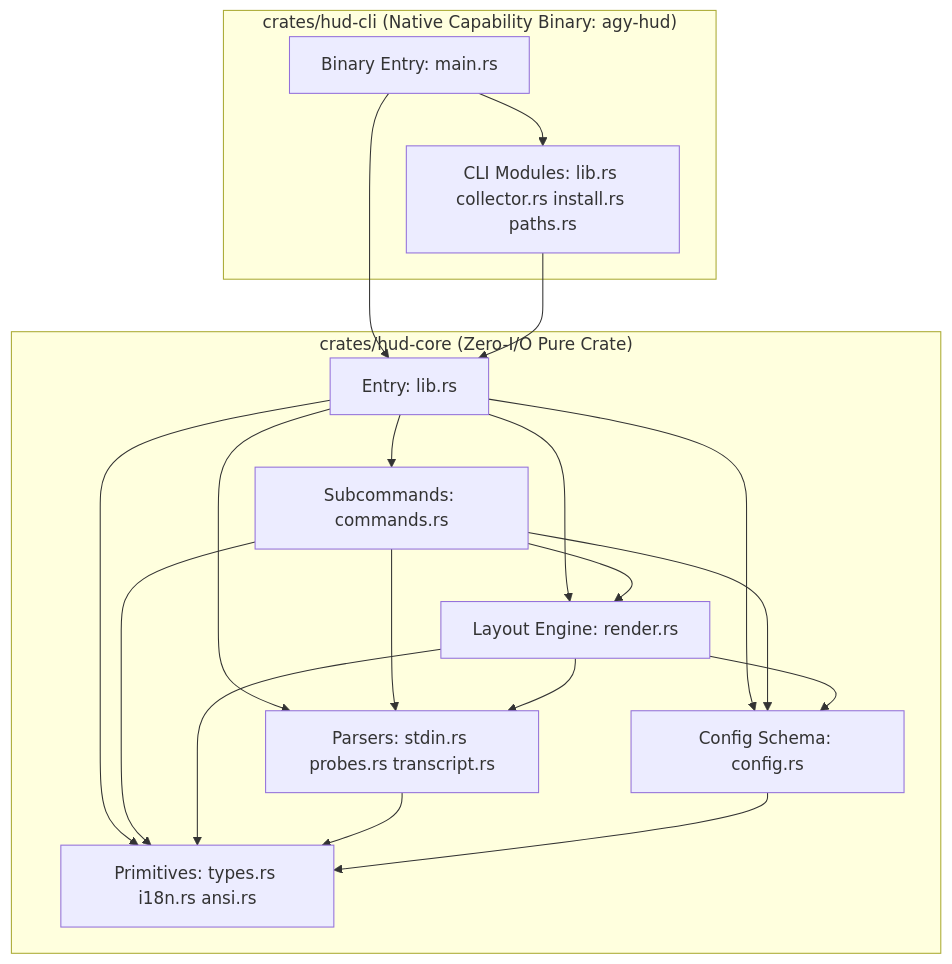
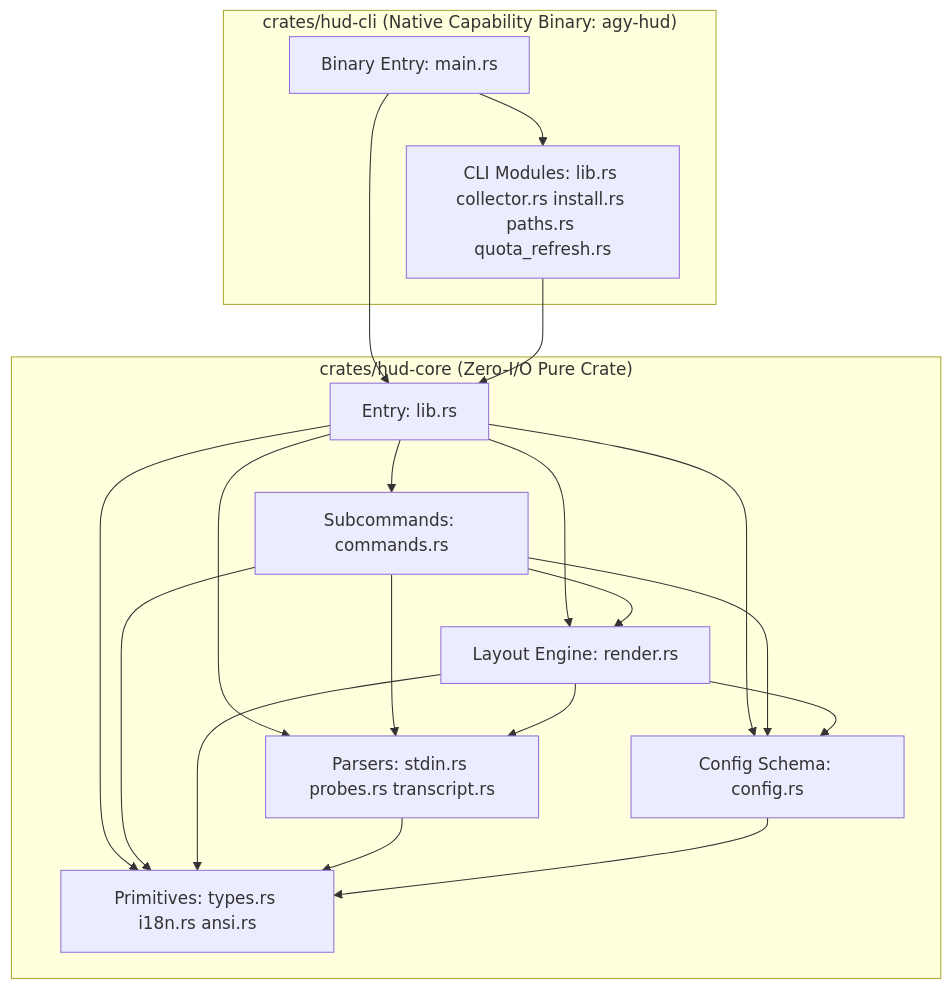
The diagram in ARCHITECTURE.md (maxlee/agy-hud), drawn with Mermaid before and after one commit. The commit also changed other lines of this file and 21 other files, not shown here.

````diff
--- a/ARCHITECTURE.md
+++ b/ARCHITECTURE.md
@@ -30,24 +31,24 @@
 ```mermaid
 flowchart TD
   subgraph CLI["crates/hud-cli (Native Capability Binary: agy-hud)"]
     cli_main["Binary Entry: main.rs"]
-    cli_lib["CLI Modules: lib.rs collector.rs install.rs paths.rs"]
+    cli_lib["CLI Modules: lib.rs collector.rs install.rs paths.rs quota_refresh.rs"]
   end
 
   subgraph CORE["crates/hud-core (Zero-I/O Pure Crate)"]
     lib["Entry: lib.rs"]
     commands["Subcommands: commands.rs"]
     render["Layout Engine: render.rs"]
     parsers["Parsers: stdin.rs probes.rs transcript.rs"]
     config["Config Schema: config.rs"]
     shared["Primitives: types.rs i18n.rs ansi.rs"]
   end
 
   cli_main --> cli_lib & lib
   cli_lib --> lib
   lib --> commands & render & parsers & config & shared
   commands --> config & parsers & render & shared
   render --> config & parsers & shared
   parsers --> shared
   config --> shared
 ```
````
